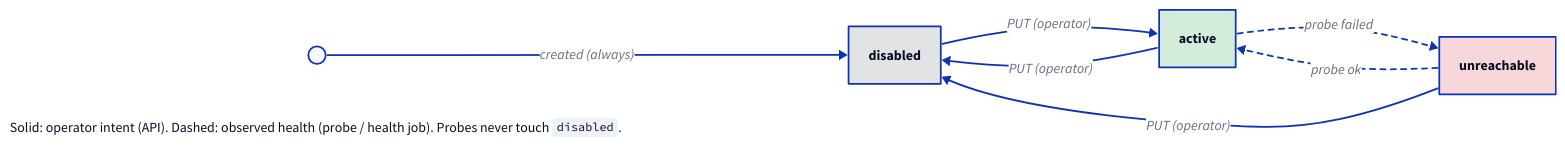
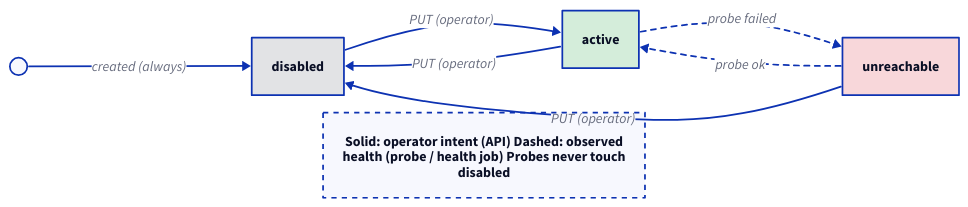
The diagram in docs/diagrams/mcp_state.d2 (rikitikitav1/rag-lab), drawn with D2 before and after one commit. The commit also changed 14 other files, not shown here.

First line of the commit message:
Wrap diagram labels by word and stop notes from floating

```diff
--- a/docs/diagrams/mcp_state.d2
+++ b/docs/diagrams/mcp_state.d2
@@ -1,29 +1,28 @@
 direction: right
 
 disabled: disabled {
   style.fill: "#e2e3e5"
 }
 active: active {
   style.fill: "#d4edda"
 }
 unreachable: unreachable {
   style.fill: "#f8d7da"
 }
 
 start: "" {
   shape: circle
   width: 20
 }
 
 start -> disabled: created (always)
 disabled -> active: PUT (operator)
 active -> disabled: PUT (operator)
 unreachable -> disabled: PUT (operator)
 active -> unreachable: probe failed {style.stroke-dash: 3}
 unreachable -> active: probe ok {style.stroke-dash: 3}
 
-legend: |md
-  Solid: operator intent (API).
-  Dashed: observed health (probe / health job).
-  Probes never touch `disabled`.
-|
+legend: "Solid: operator intent (API) Dashed: observed\nhealth (probe / health job) Probes never touch\ndisabled" {
+  near: bottom-center
+  style.stroke-dash: 3
+}
```
